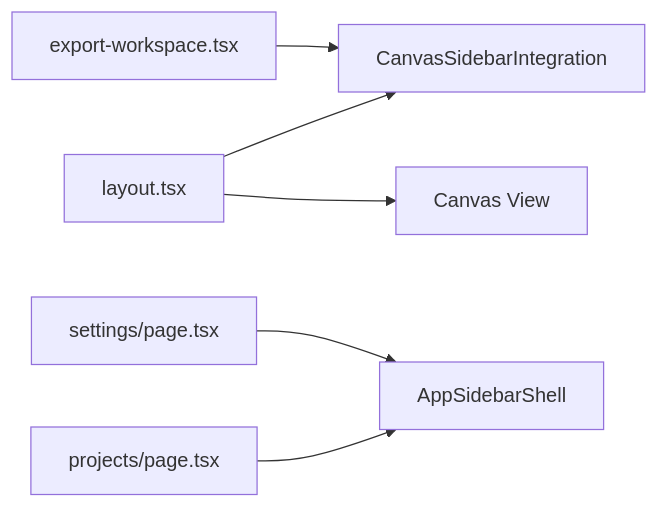
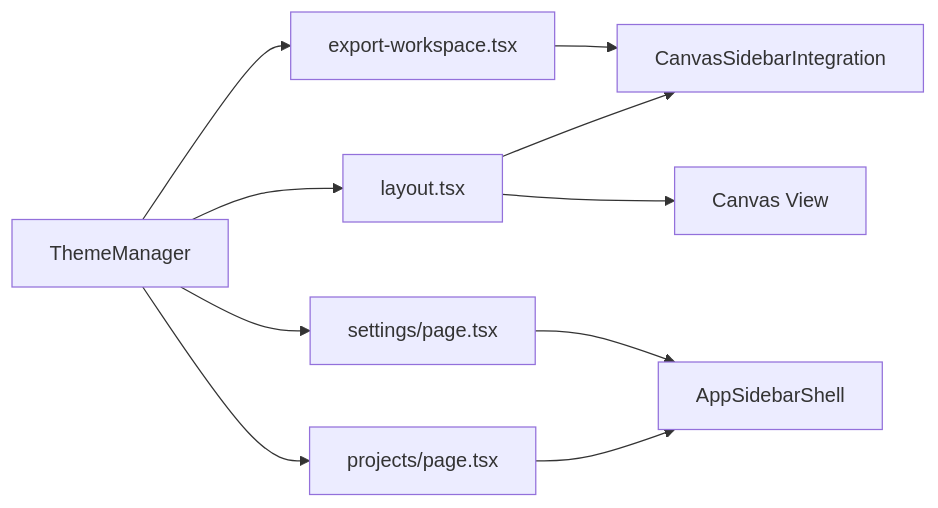
The sixth of 8 diagrams in .qoder/repowiki/zh/content/UI 组件库/业务组件/侧边栏组件.md (AIMFllyYS/code-video-canvas), drawn with Mermaid before and after one commit. The commit also changed other lines of this file and 51 other files, not shown here.

````diff
--- a/.qoder/repowiki/zh/content/UI 组件库/业务组件/侧边栏组件.md
+++ b/.qoder/repowiki/zh/content/UI 组件库/业务组件/侧边栏组件.md
@@ -297,8 +337,12 @@
 ```mermaid
 graph LR
 L["layout.tsx"] --> SB["CanvasSidebarIntegration"]
 L --> MV["Canvas View"]
 EW["export-workspace.tsx"] --> SB
 PJ["projects/page.tsx"] --> AS["AppSidebarShell"]
 ST["settings/page.tsx"] --> AS
+TM["ThemeManager"] --> L
+TM --> EW
+TM --> PJ
+TM --> ST
 ```
````
